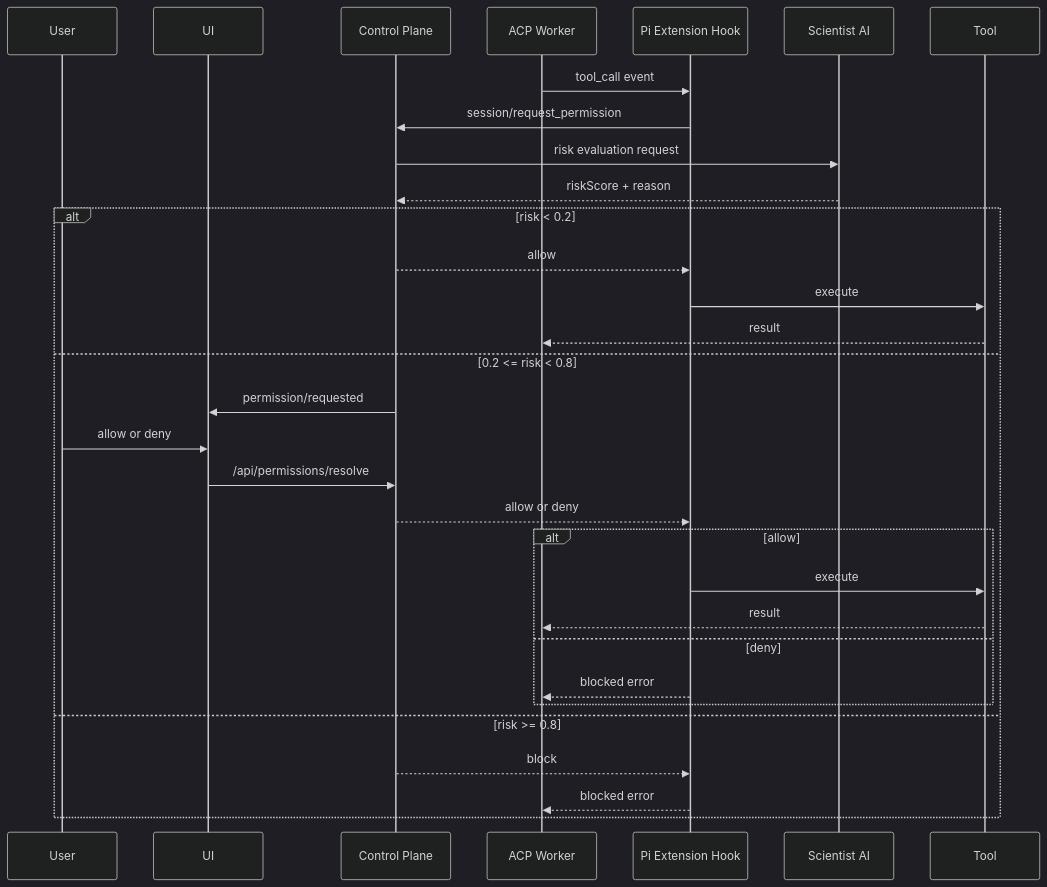
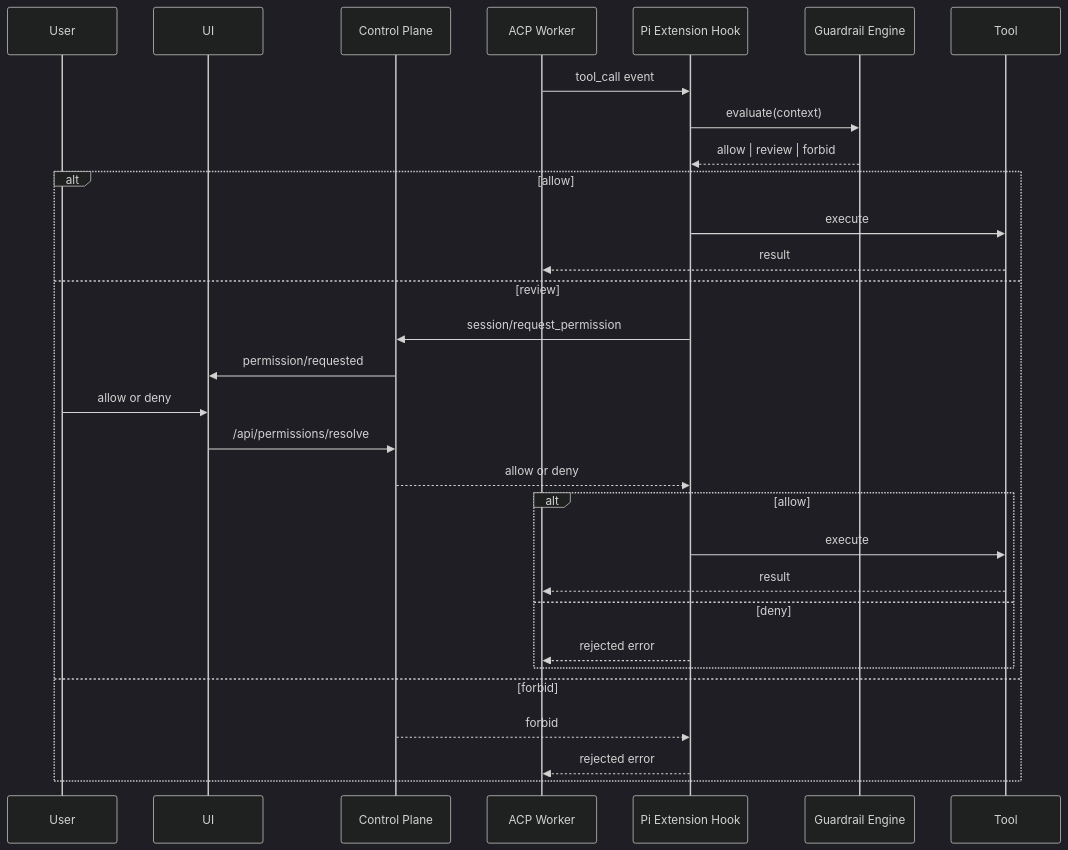
The diagram in doc/plan/260321-s01-scientist-ai-guardrail-architecture.md (masahide/adjutant), drawn with Mermaid (dark theme) before and after one commit. The commit also changed other lines of this file, not shown here.

````diff
--- a/doc/plan/260321-s01-scientist-ai-guardrail-architecture.md
+++ b/doc/plan/260321-s01-scientist-ai-guardrail-architecture.md
@@ -287,35 +353,34 @@
 ```mermaid
 sequenceDiagram
   participant User
   participant UI
   participant CP as Control Plane
   participant WG as ACP Worker
   participant PI as Pi Extension Hook
-  participant SCI as Scientist AI
+  participant GRE as Guardrail Engine
   participant TOOL as Tool
 
   WG->>PI: tool_call event
-  PI->>CP: session/request_permission
-  CP->>SCI: risk evaluation request
-  SCI-->>CP: riskScore + reason
+  PI->>GRE: evaluate(context)
+  GRE-->>PI: allow | review | forbid
 
-  alt risk < 0.2
-    CP-->>PI: allow
+  alt allow
     PI->>TOOL: execute
     TOOL-->>WG: result
-  else 0.2 <= risk < 0.8
+  else review
+    PI->>CP: session/request_permission
     CP->>UI: permission/requested
     User->>UI: allow or deny
     UI->>CP: /api/permissions/resolve
     CP-->>PI: allow or deny
     alt allow
       PI->>TOOL: execute
       TOOL-->>WG: result
     else deny
-      PI-->>WG: blocked error
+      PI-->>WG: rejected error
     end
-  else risk >= 0.8
-    CP-->>PI: block
-    PI-->>WG: blocked error
+  else forbid
+    CP-->>PI: forbid
+    PI-->>WG: rejected error
   end
 ```
````
